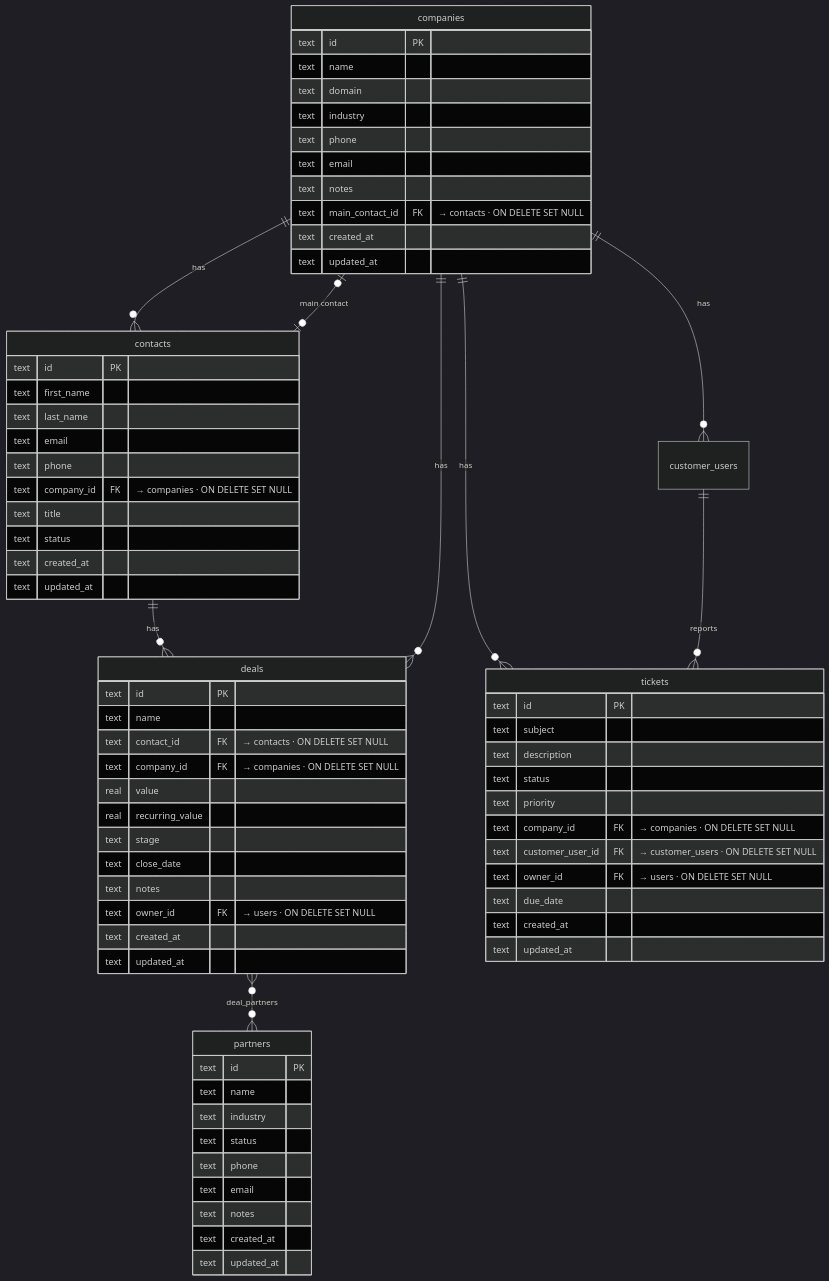
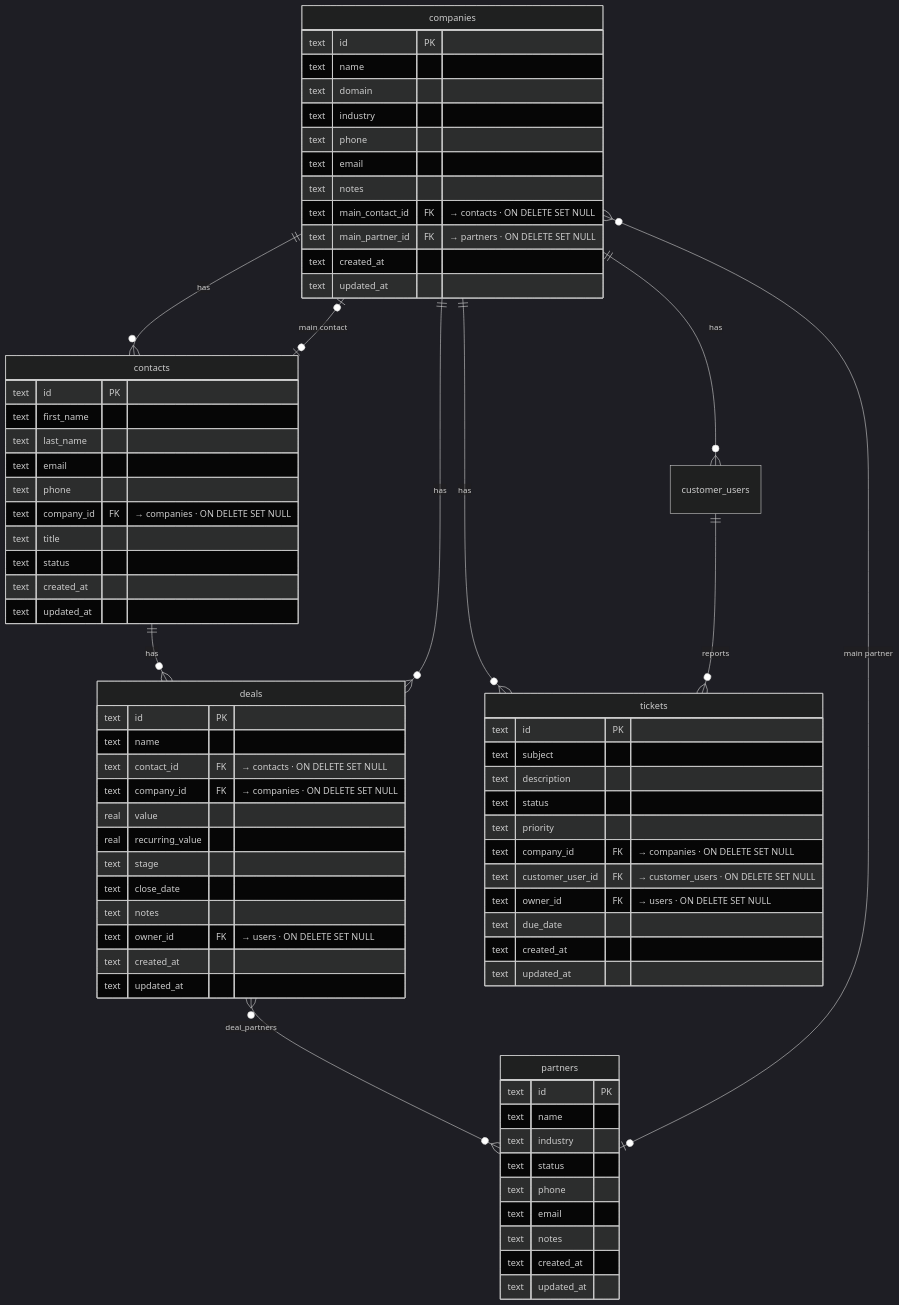
Before and after one commit to franklin83diaz/OpenCRM: the diagram in README.md, drawn with Mermaid (dark theme). The commit also changed other lines of this file and 22 other files, not shown here.

First line of the commit message:
feat: add main partner functionality to companies and deals

````diff
--- a/README.md
+++ b/README.md
@@ -187,74 +187,76 @@
 ```mermaid
 erDiagram
     companies ||--o{ contacts : "has"
     contacts  ||--o{ deals    : "has"
     companies ||--o{ deals    : "has"
     deals     }o--o{ partners : "deal_partners"
     companies ||--o{ customer_users : "has"
     companies ||--o{ tickets  : "has"
     customer_users ||--o{ tickets : "reports"
     companies |o--o| contacts : "main contact"
+    companies }o--o| partners : "main partner"
 
     companies {
         text id PK
         text name
         text domain
         text industry
         text phone
         text email
         text notes
         text main_contact_id FK "→ contacts · ON DELETE SET NULL"
+        text main_partner_id FK "→ partners · ON DELETE SET NULL"
         text created_at
         text updated_at
     }
     contacts {
         text id PK
         text first_name
         text last_name
         text email
         text phone
         text company_id FK "→ companies · ON DELETE SET NULL"
         text title
         text status
         text created_at
         text updated_at
     }
     deals {
         text id PK
         text name
         text contact_id FK "→ contacts · ON DELETE SET NULL"
         text company_id FK "→ companies · ON DELETE SET NULL"
         real value
         real recurring_value
         text stage
         text close_date
         text notes
         text owner_id FK "→ users · ON DELETE SET NULL"
         text created_at
         text updated_at
     }
     partners {
         text id PK
         text name
         text industry
         text status
         text phone
         text email
         text notes
         text created_at
         text updated_at
     }
     tickets {
         text id PK
         text subject
         text description
         text status
         text priority
         text company_id FK "→ companies · ON DELETE SET NULL"
         text customer_user_id FK "→ customer_users · ON DELETE SET NULL"
         text owner_id FK "→ users · ON DELETE SET NULL"
         text due_date
         text created_at
         text updated_at
     }
 ```
````
